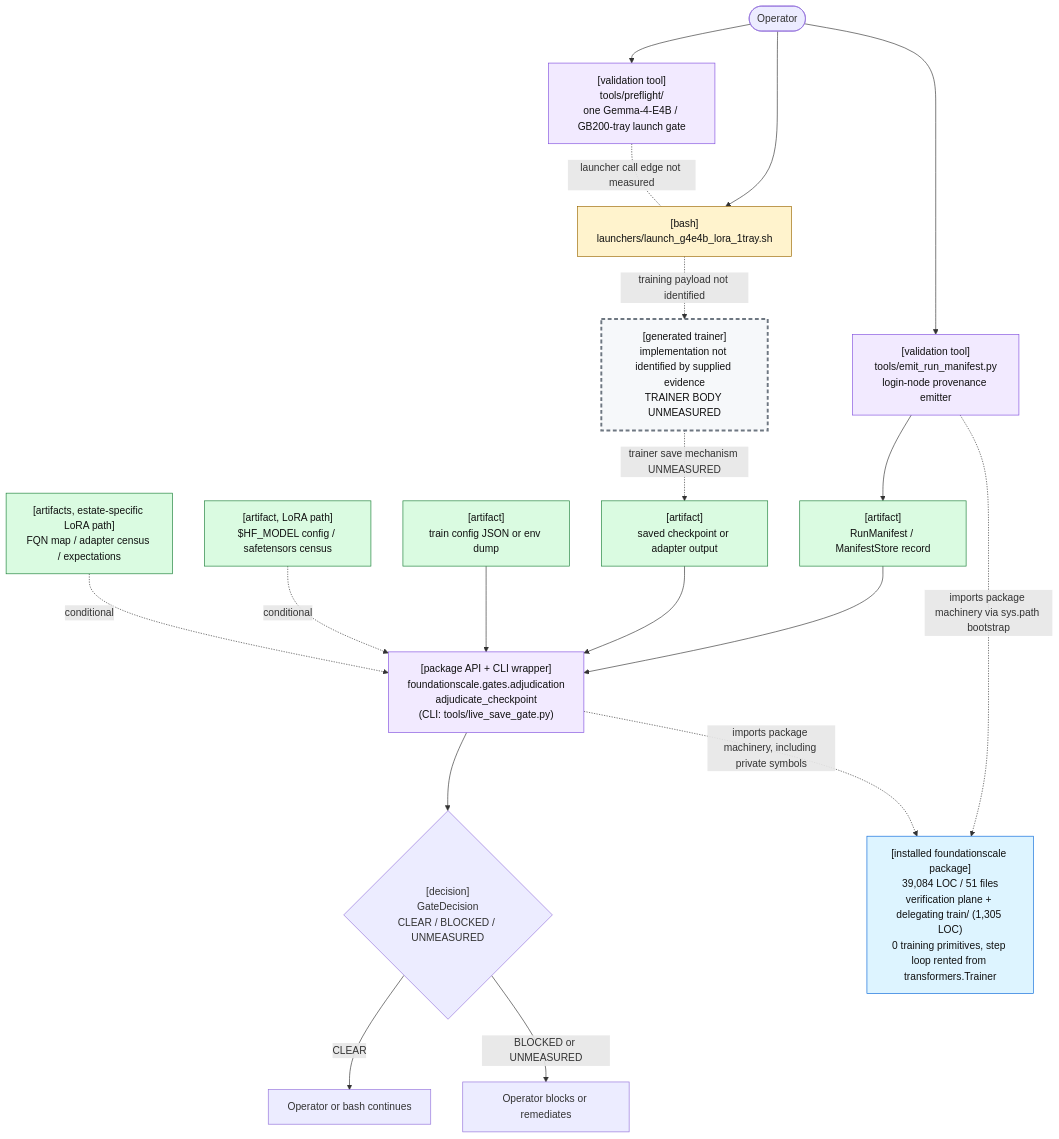
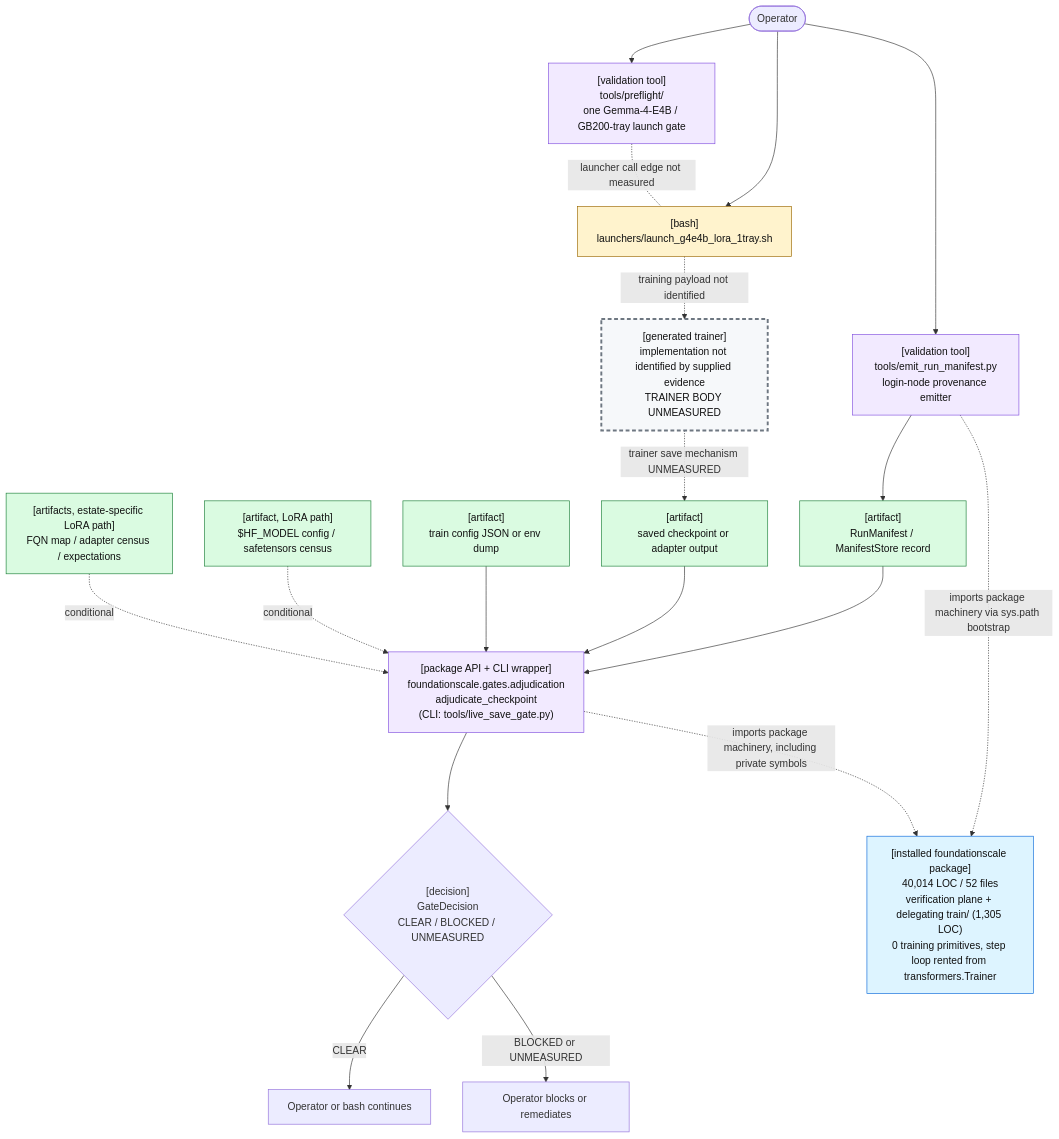
The first of 2 diagrams in docs/review/D2_current_architecture.md (TranNhiem/FoundationScale), drawn with Mermaid before and after one commit. The commit also changed other lines of this file and 28 other files, not shown here.

````diff
--- a/docs/review/D2_current_architecture.md
+++ b/docs/review/D2_current_architecture.md
@@ -25,59 +25,59 @@
 ```mermaid
 flowchart TB
   O(["Operator"])
 
   PF["[validation tool]<br/>tools/preflight/<br/>one Gemma-4-E4B / GB200-tray launch gate"]
   L["[bash]<br/>launchers/launch_g4e4b_lora_1tray.sh"]
 
   E["[validation tool]<br/>tools/emit_run_manifest.py<br/>login-node provenance emitter"]
   M["[artifact]<br/>RunManifest / ManifestStore record"]
 
   T["[generated trainer]<br/>implementation not identified by supplied evidence<br/>TRAINER BODY UNMEASURED"]
   C["[artifact]<br/>saved checkpoint or adapter output"]
 
   G["[package API + CLI wrapper]<br/>foundationscale.gates.adjudication<br/>adjudicate_checkpoint<br/>(CLI: tools/live_save_gate.py)"]
   CFG["[artifact]<br/>train config JSON or env dump"]
   BASE["[artifact, LoRA path]<br/>$HF_MODEL config / safetensors census"]
   CEN["[artifacts, estate-specific LoRA path]<br/>FQN map / adapter census / expectations"]
 
   D{"[decision]<br/>GateDecision<br/>CLEAR / BLOCKED / UNMEASURED"}
   OK["Operator or bash continues"]
   NO["Operator blocks or remediates"]
 
-  PKG["[installed foundationscale package]<br/>39,084 LOC / 51 files<br/>verification plane + delegating train/ (1,305 LOC)<br/>0 training primitives, step loop rented from transformers.Trainer"]
+  PKG["[installed foundationscale package]<br/>40,014 LOC / 52 files<br/>verification plane + delegating train/ (1,305 LOC)<br/>0 training primitives, step loop rented from transformers.Trainer"]
 
   O --> PF
   O --> L
   PF -. "launcher call edge not measured" .- L
 
   O --> E
   E --> M
 
   L -. "training payload not identified" .-> T
   T -. "trainer save mechanism UNMEASURED" .-> C
 
   M --> G
   C --> G
   CFG --> G
   BASE -. "conditional" .-> G
   CEN -. "conditional" .-> G
 
   E -. "imports package machinery via sys.path bootstrap" .-> PKG
   G -. "imports package machinery, including private symbols" .-> PKG
 
   G --> D
   D -->|"CLEAR"| OK
   D -->|"BLOCKED or UNMEASURED"| NO
 
   classDef bash fill:#fff3cd,stroke:#9a6700,color:#111;
   classDef tool fill:#f2eaff,stroke:#8250df,color:#111;
   classDef artifact fill:#dafbe1,stroke:#1a7f37,color:#111;
   classDef gap fill:#f6f8fa,stroke:#6e7781,stroke-width:3px,stroke-dasharray: 6 4,color:#111;
   classDef pkg fill:#ddf4ff,stroke:#0969da,color:#111;
 
   class L bash;
   class PF,E,G tool;
   class M,C,CFG,BASE,CEN artifact;
   class T gap;
   class PKG pkg;
 ```
````
